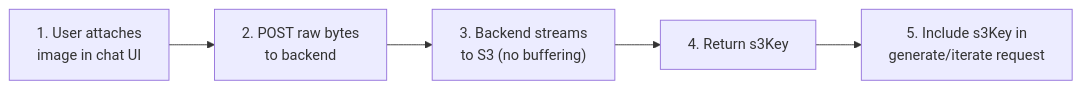
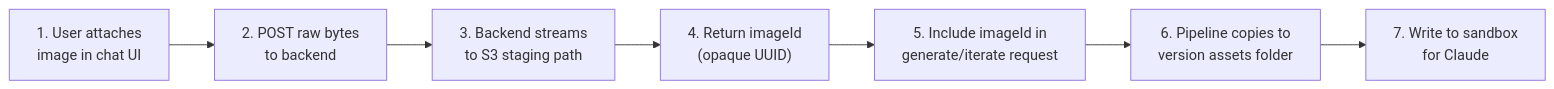
Before and after one commit to lightdash/lightdash: the second of 2 diagrams in docs/data-apps.md, drawn with Mermaid. The commit also changed other lines of this file and 10 other files, not shown here.

````diff
--- a/docs/data-apps.md
+++ b/docs/data-apps.md
@@ -205,7 +205,9 @@
 ```mermaid
 flowchart LR
     A["1. User attaches\nimage in chat UI"] --> B["2. POST raw bytes\nto backend"]
-    B --> C["3. Backend streams\nto S3 (no buffering)"]
-    C --> D["4. Return s3Key"]
-    D --> E["5. Include s3Key in\ngenerate/iterate request"]
+    B --> C["3. Backend streams\nto S3 staging path"]
+    C --> D["4. Return imageId\n(opaque UUID)"]
+    D --> E["5. Include imageId in\ngenerate/iterate request"]
+    E --> F["6. Pipeline copies to\nversion assets folder"]
+    F --> G["7. Write to sandbox\nfor Claude"]
 ```
````
